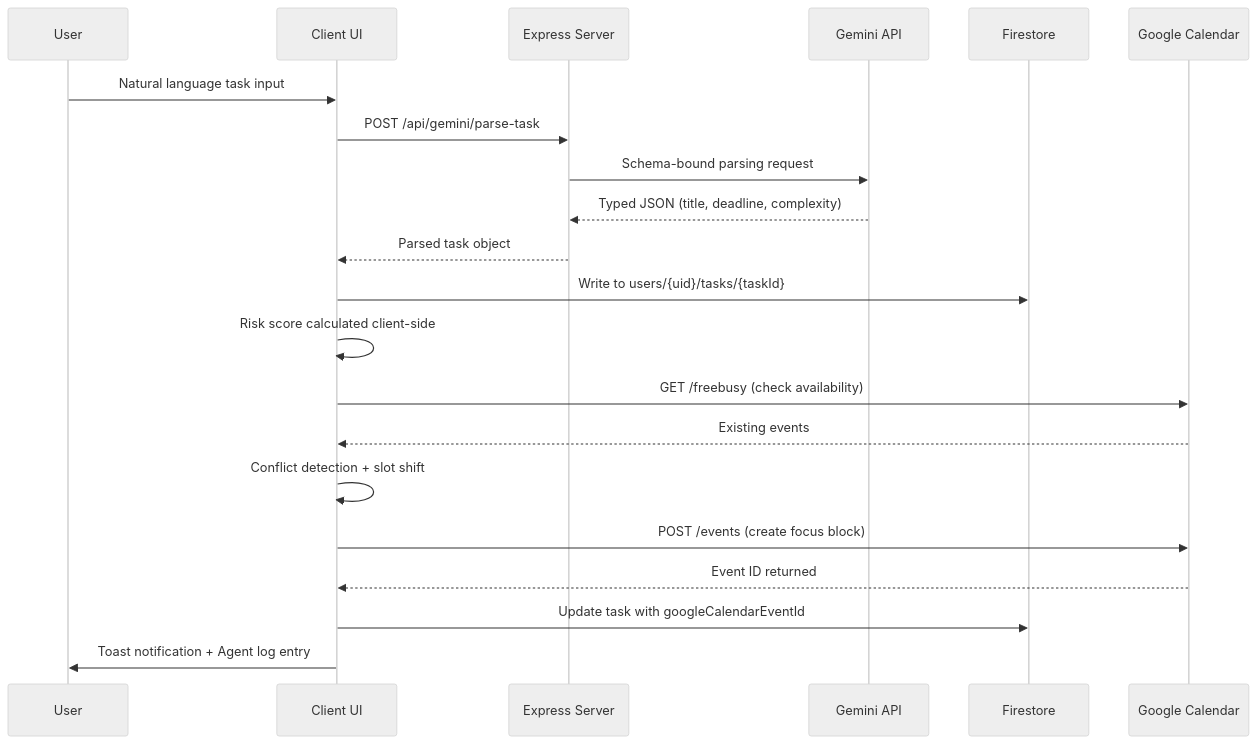
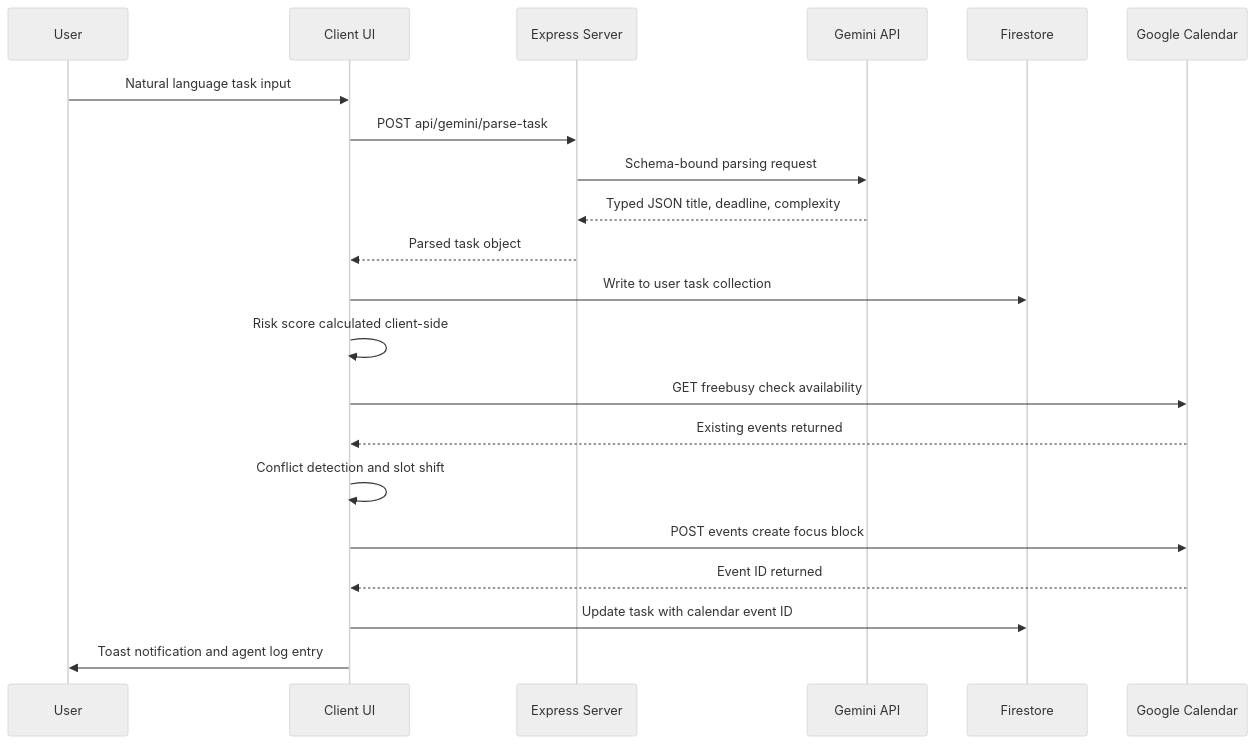
Before and after one commit to mishaka05/clutch: the second of 3 diagrams in README.md, drawn with Mermaid (neutral theme). The commit also changed other lines of this file, not shown here.

````diff
--- a/README.md
+++ b/README.md
@@ -128,24 +128,24 @@
 ```mermaid
 sequenceDiagram
     participant U as User
     participant C as Client UI
     participant S as Express Server
     participant G as Gemini API
     participant F as Firestore
     participant CAL as Google Calendar
 
     U->>C: Natural language task input
-    C->>S: POST /api/gemini/parse-task
+    C->>S: POST api/gemini/parse-task
     S->>G: Schema-bound parsing request
-    G-->>S: Typed JSON (title, deadline, complexity)
+    G-->>S: Typed JSON title, deadline, complexity
     S-->>C: Parsed task object
-    C->>F: Write to users/{uid}/tasks/{taskId}
+    C->>F: Write to user task collection
     C->>C: Risk score calculated client-side
-    C->>CAL: GET /freebusy (check availability)
-    CAL-->>C: Existing events
-    C->>C: Conflict detection + slot shift
-    C->>CAL: POST /events (create focus block)
+    C->>CAL: GET freebusy check availability
+    CAL-->>C: Existing events returned
+    C->>C: Conflict detection and slot shift
+    C->>CAL: POST events create focus block
     CAL-->>C: Event ID returned
-    C->>F: Update task with googleCalendarEventId
-    C->>U: Toast notification + Agent log entry
+    C->>F: Update task with calendar event ID
+    C->>U: Toast notification and agent log entry
 ```
````
